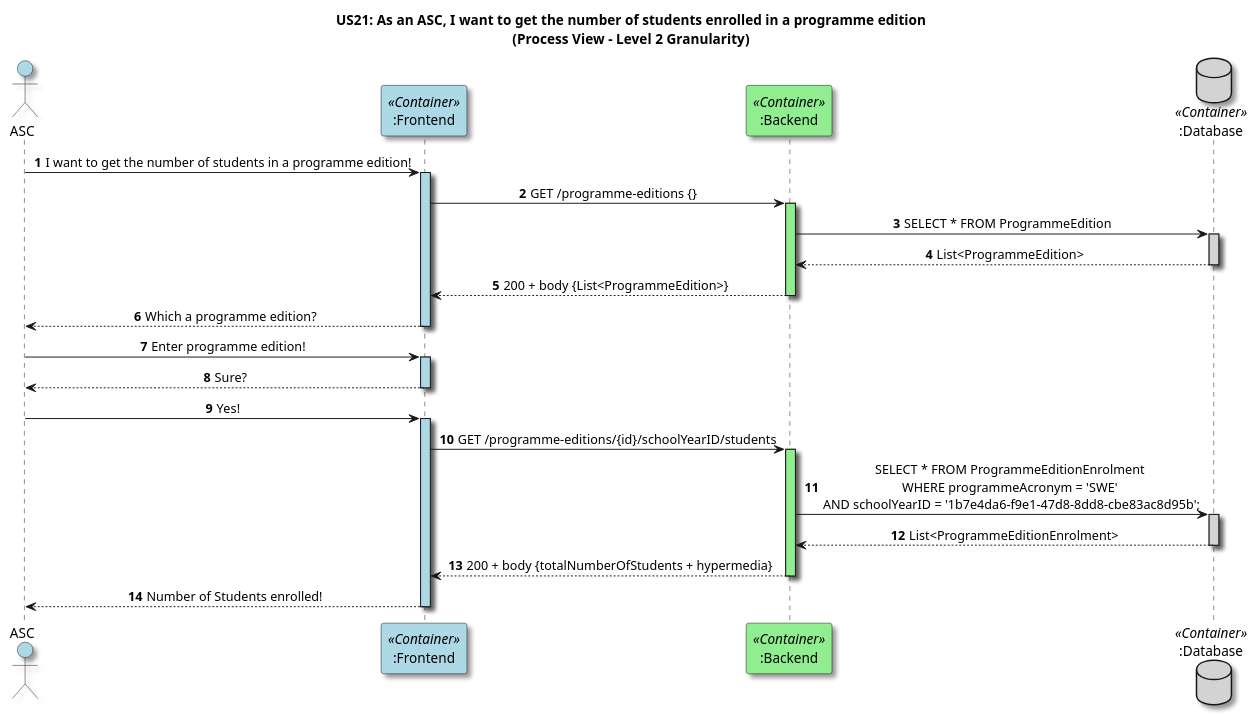
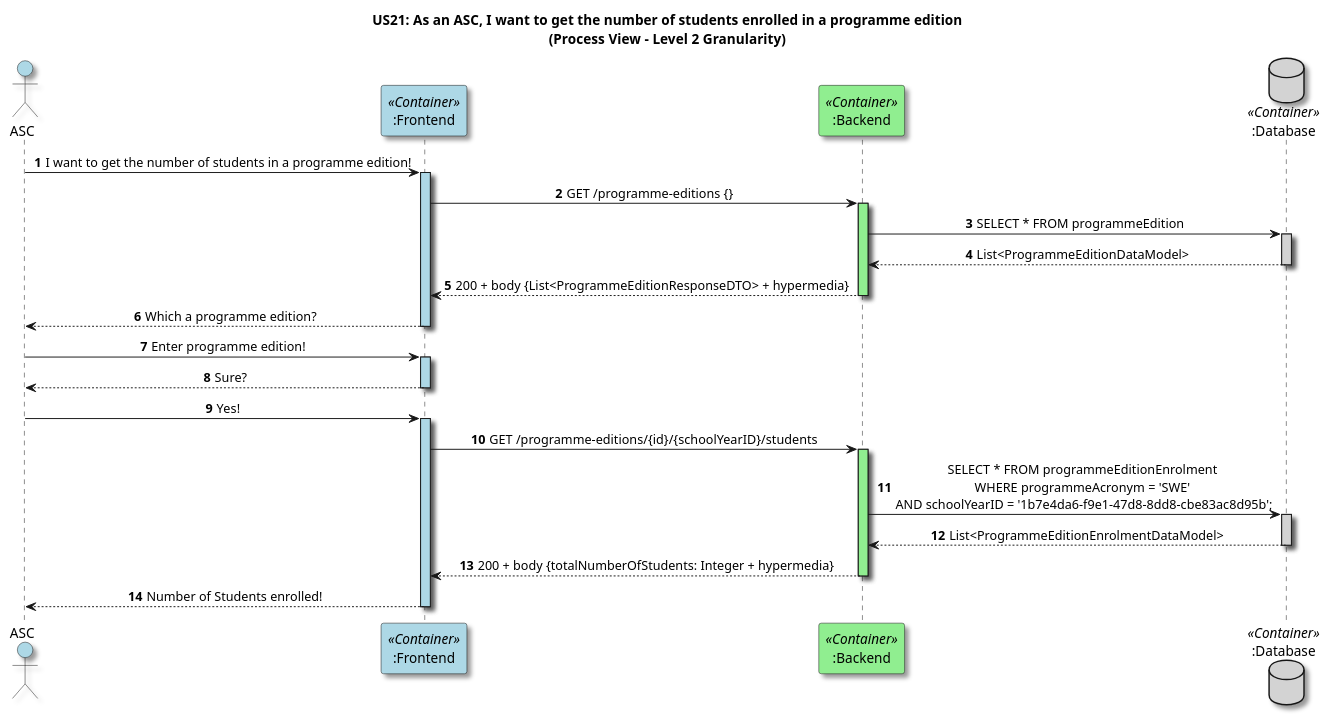
Before and after one commit to GasparISEP/DevOps-PAI: the diagram in docs/US21/Sprint7/ProcessView/Level2Granularity.puml, drawn with PlantUML.

Commit message:
feat(Level2Granularity): update ProcessView UML diagram for programme editions and enrolment retrieval flow (#672 #666)

```diff
--- a/docs/US21/Sprint7/ProcessView/Level2Granularity.puml
+++ b/docs/US21/Sprint7/ProcessView/Level2Granularity.puml
@@ -1,58 +1,58 @@
 @startuml
 
 title US21: As an ASC, I want to get the number of students enrolled in a programme edition\n(Process View - Level 2 Granularity)
 
 autonumber
 
 skinparam defaultTextAlignment center
 skinparam shadowing true
 
 actor ASC #lightblue
 participant ":Frontend" as FE <<Container>> #lightblue
 participant ":Backend" as BE <<Container>> #LightGreen
 database ":Database" as DB <<Container>> #LightGray
 
 ASC -> FE: I want to get the number of students in a programme edition!
 activate FE #LightBlue
 
 FE -> BE: GET /programme-editions {}
 activate BE #LightGreen
 
-BE -> DB: SELECT * FROM ProgrammeEdition
+BE -> DB: SELECT * FROM programmeEdition
 activate DB #LightGray
 
-DB --> BE: List<ProgrammeEdition>
+DB --> BE: List<ProgrammeEditionDataModel>
 deactivate DB
 
-BE --> FE: 200 + body {List<ProgrammeEdition>}
+BE --> FE: 200 + body {List<ProgrammeEditionResponseDTO> + hypermedia}
 deactivate BE
 
 FE --> ASC: Which a programme edition?
 deactivate FE
 
 ASC -> FE: Enter programme edition!
 activate FE #LightBlue
 
 FE --> ASC: Sure?
 deactivate FE
 
 ASC -> FE: Yes!
 activate FE #LightBlue
 
-FE -> BE: GET /programme-editions/{id}/schoolYearID/students
+FE -> BE: GET /programme-editions/{id}/{schoolYearID}/students
 activate BE #LightGreen
 
-BE -> DB: SELECT * FROM ProgrammeEditionEnrolment \nWHERE programmeAcronym = 'SWE' \nAND schoolYearID = '1b7e4da6-f9e1-47d8-8dd8-cbe83ac8d95b';
+BE -> DB: SELECT * FROM programmeEditionEnrolment \nWHERE programmeAcronym = 'SWE' \nAND schoolYearID = '1b7e4da6-f9e1-47d8-8dd8-cbe83ac8d95b';
 activate DB #LightGray
 
-DB --> BE: List<ProgrammeEditionEnrolment>
+DB --> BE: List<ProgrammeEditionEnrolmentDataModel>
 deactivate DB
 
 
-BE --> FE: 200 + body {totalNumberOfStudents + hypermedia}
+BE --> FE: 200 + body {totalNumberOfStudents: Integer + hypermedia}
 deactivate BE
 
 FE --> ASC: Number of Students enrolled!
 deactivate FE
 
 @enduml
```
